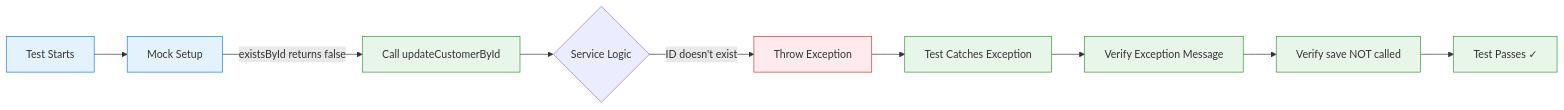
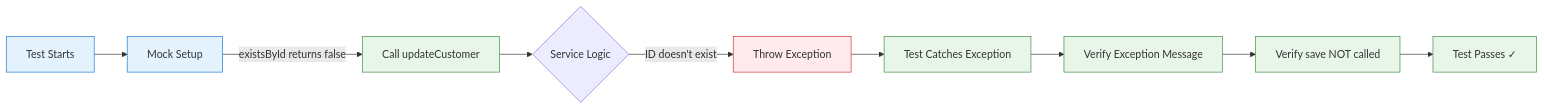
One commit to stravos97/java-documentation-notes changed the sixth of 9 diagrams in 14-spring-boot/day2/Customers Service Layer.md. Above: the diagram before and after it, drawn with Mermaid. The commit also changed other lines of this file and 5 other files, not shown here.

````diff
--- a/14-spring-boot/day2/Customers Service Layer.md
+++ b/14-spring-boot/day2/Customers Service Layer.md
@@ -284,20 +285,20 @@
 ```mermaid
 flowchart LR
     A[Test Starts] --> B[Mock Setup]
-    B -->|existsById returns false| C[Call updateCustomerById]
+    B -->|existsById returns false| C[Call updateCustomer]
     C --> D{Service Logic}
     D -->|ID doesn't exist| E[Throw Exception]
     E --> F[Test Catches Exception]
     F --> G[Verify Exception Message]
     G --> H[Verify save NOT called]
     H --> I[Test Passes ✓]
     
     classDef setup fill:#e3f2fd,stroke:#1976d2;
     class A,B setup;
     
     classDef test fill:#e8f5e9,stroke:#388e3c;
     class C,F,G,H,I test;
     
     classDef error fill:#ffebee,stroke:#d32f2f;
     class E error;
 ```
````
